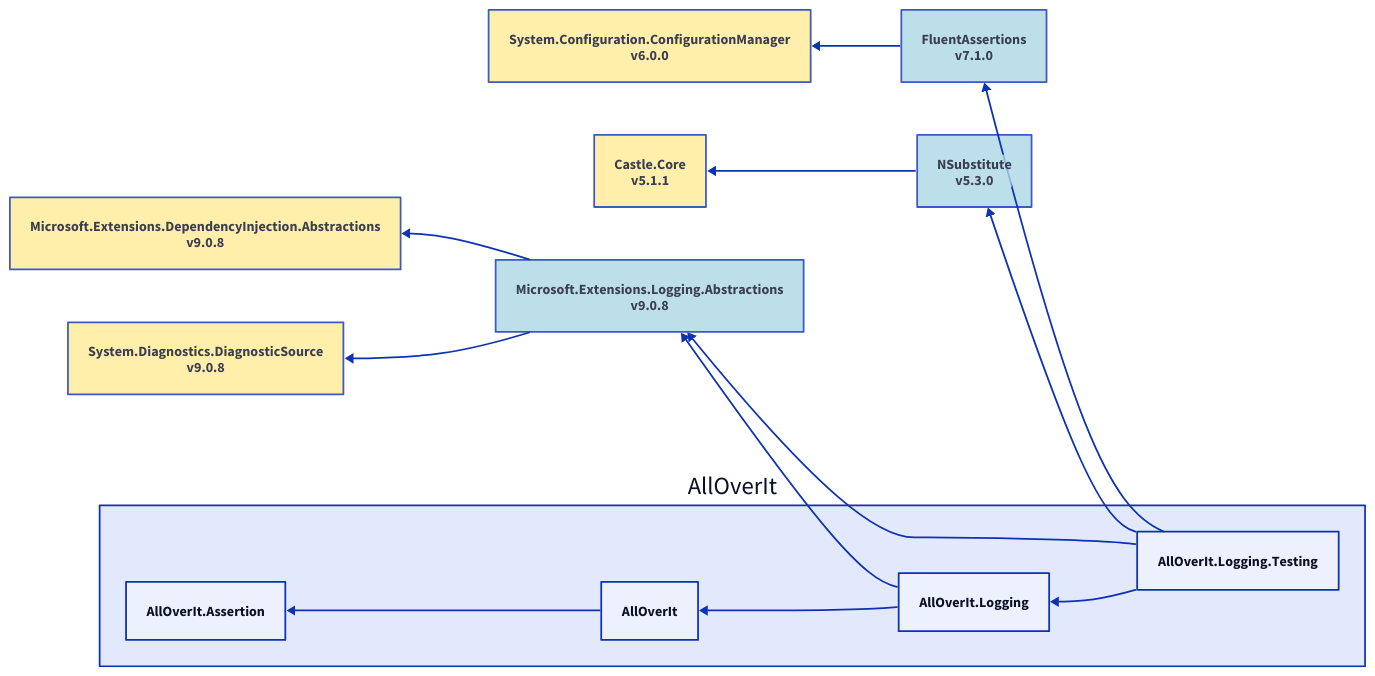
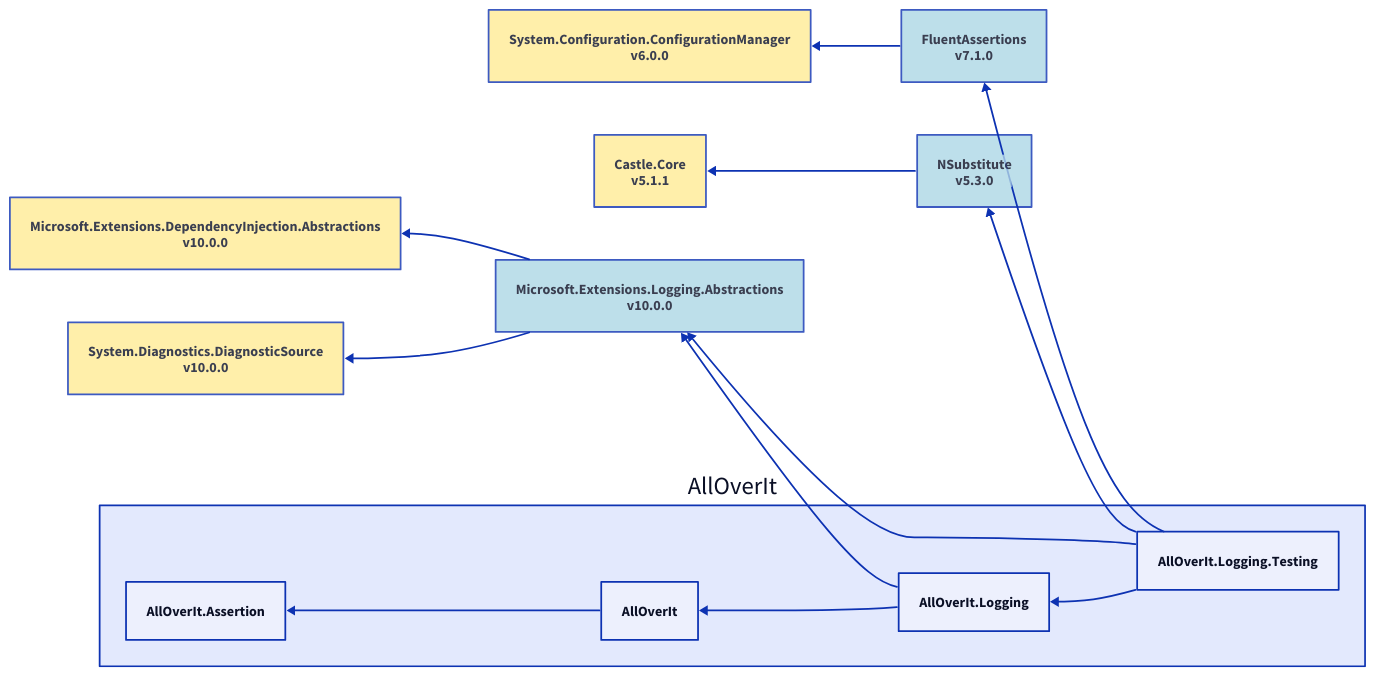
The diagram in Docs/Reference/Content/images/dependencies/net9.0/alloverit-logging-testing.d2 (mjfreelancing/AllOverIt), drawn with D2 before and after one commit. The commit also changed 300 other files, not shown here.

```diff
--- a/Docs/Reference/Content/images/dependencies/net9.0/alloverit-logging-testing.d2
+++ b/Docs/Reference/Content/images/dependencies/net9.0/alloverit-logging-testing.d2
@@ -1,39 +1,39 @@
 direction: left
 
 aoi: AllOverIt
 aoi.alloverit-logging-testing: AllOverIt.Logging.Testing
 fluentassertions_7-1-0: FluentAssertions\nv7.1.0
 fluentassertions_7-1-0.style.fill: "#ADD8E6"
 fluentassertions_7-1-0.style.opacity: 0.8
 system-configuration-configurationmanager_6-0-0: System.Configuration.ConfigurationManager\nv6.0.0
 system-configuration-configurationmanager_6-0-0.style.fill: "#FFEC96"
 system-configuration-configurationmanager_6-0-0.style.opacity: 0.8
 system-configuration-configurationmanager_6-0-0 <- fluentassertions_7-1-0
 fluentassertions_7-1-0 <- aoi.alloverit-logging-testing
 nsubstitute_5-3-0: NSubstitute\nv5.3.0
 nsubstitute_5-3-0.style.fill: "#ADD8E6"
 nsubstitute_5-3-0.style.opacity: 0.8
 castle-core_5-1-1: Castle.Core\nv5.1.1
 castle-core_5-1-1.style.fill: "#FFEC96"
 castle-core_5-1-1.style.opacity: 0.8
 castle-core_5-1-1 <- nsubstitute_5-3-0
 nsubstitute_5-3-0 <- aoi.alloverit-logging-testing
-microsoft-extensions-logging-abstractions_9-0-8: Microsoft.Extensions.Logging.Abstractions\nv9.0.8
-microsoft-extensions-logging-abstractions_9-0-8.style.fill: "#ADD8E6"
-microsoft-extensions-logging-abstractions_9-0-8.style.opacity: 0.8
-microsoft-extensions-dependencyinjection-abstractions_9-0-8: Microsoft.Extensions.DependencyInjection.Abstractions\nv9.0.8
-microsoft-extensions-dependencyinjection-abstractions_9-0-8.style.fill: "#FFEC96"
-microsoft-extensions-dependencyinjection-abstractions_9-0-8.style.opacity: 0.8
-microsoft-extensions-dependencyinjection-abstractions_9-0-8 <- microsoft-extensions-logging-abstractions_9-0-8
-system-diagnostics-diagnosticsource_9-0-8: System.Diagnostics.DiagnosticSource\nv9.0.8
-system-diagnostics-diagnosticsource_9-0-8.style.fill: "#FFEC96"
-system-diagnostics-diagnosticsource_9-0-8.style.opacity: 0.8
-system-diagnostics-diagnosticsource_9-0-8 <- microsoft-extensions-logging-abstractions_9-0-8
-microsoft-extensions-logging-abstractions_9-0-8 <- aoi.alloverit-logging-testing
+microsoft-extensions-logging-abstractions_10-0-0: Microsoft.Extensions.Logging.Abstractions\nv10.0.0
+microsoft-extensions-logging-abstractions_10-0-0.style.fill: "#ADD8E6"
+microsoft-extensions-logging-abstractions_10-0-0.style.opacity: 0.8
+microsoft-extensions-dependencyinjection-abstractions_10-0-0: Microsoft.Extensions.DependencyInjection.Abstractions\nv10.0.0
+microsoft-extensions-dependencyinjection-abstractions_10-0-0.style.fill: "#FFEC96"
+microsoft-extensions-dependencyinjection-abstractions_10-0-0.style.opacity: 0.8
+microsoft-extensions-dependencyinjection-abstractions_10-0-0 <- microsoft-extensions-logging-abstractions_10-0-0
+system-diagnostics-diagnosticsource_10-0-0: System.Diagnostics.DiagnosticSource\nv10.0.0
+system-diagnostics-diagnosticsource_10-0-0.style.fill: "#FFEC96"
+system-diagnostics-diagnosticsource_10-0-0.style.opacity: 0.8
+system-diagnostics-diagnosticsource_10-0-0 <- microsoft-extensions-logging-abstractions_10-0-0
+microsoft-extensions-logging-abstractions_10-0-0 <- aoi.alloverit-logging-testing
 aoi.alloverit-logging: AllOverIt.Logging
-microsoft-extensions-logging-abstractions_9-0-8 <- aoi.alloverit-logging
+microsoft-extensions-logging-abstractions_10-0-0 <- aoi.alloverit-logging
 aoi.alloverit: AllOverIt
 aoi.alloverit-assertion: AllOverIt.Assertion
 aoi.alloverit-assertion <- aoi.alloverit
 aoi.alloverit <- aoi.alloverit-logging
 aoi.alloverit-logging <- aoi.alloverit-logging-testing
```
